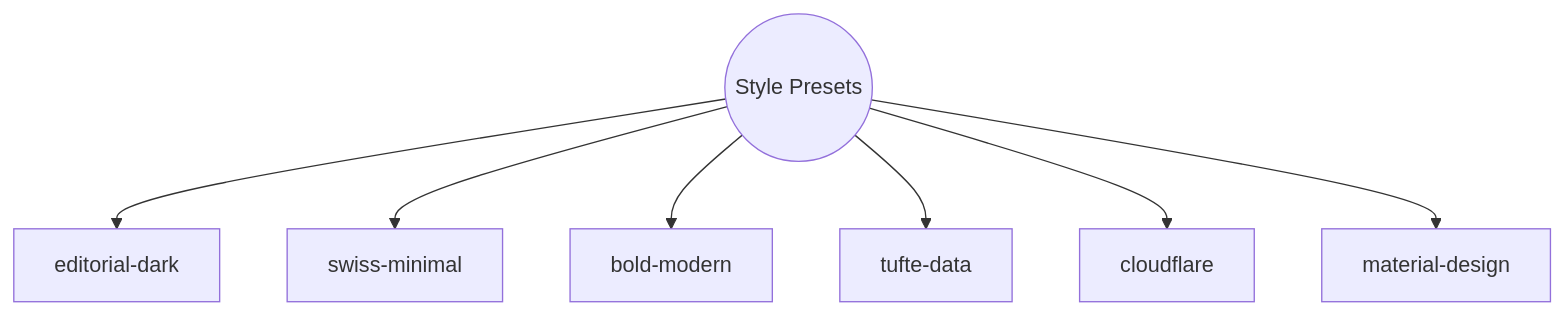
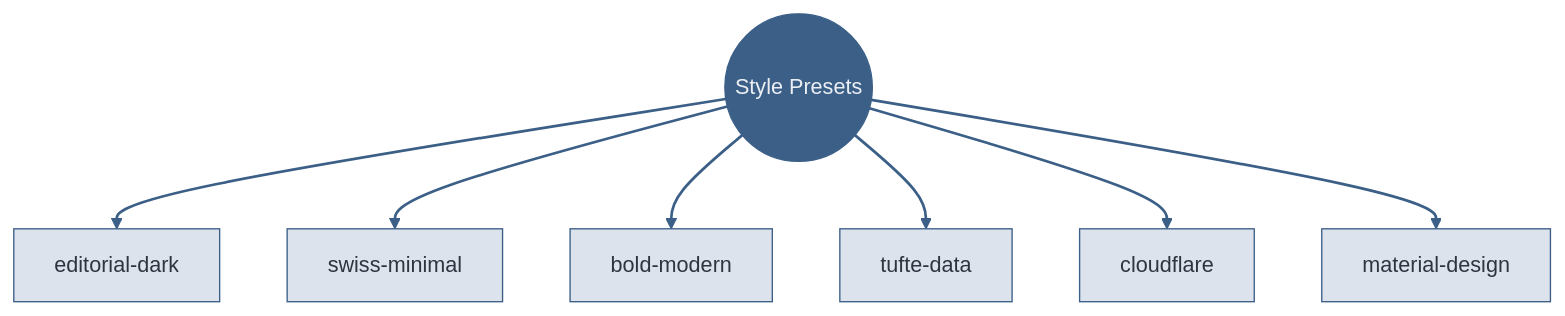
One commit to adewale/slide-maker changed the second of 4 diagrams in examples/reference/pages/code.md. Above: the diagram before and after it, drawn with Mermaid. The commit also changed other lines of this file, not shown here.

First line of the commit message:
Fix all diagram slides with inline styles and clean layouts

````diff
--- a/examples/reference/pages/code.md
+++ b/examples/reference/pages/code.md
@@ -110,9 +116,17 @@
 ```mermaid {scale: 0.7}
 graph TD
   ROOT((Style Presets)) --> ED["editorial-dark"]
   ROOT --> SM["swiss-minimal"]
   ROOT --> BM["bold-modern"]
   ROOT --> TD2["tufte-data"]
   ROOT --> CF["cloudflare"]
   ROOT --> MD["material-design"]
+  style ROOT fill:#3b5f87,stroke:#3b5f87,color:#eceff4
+  style ED fill:#dde3ec,stroke:#3b5f87,color:#2e3440
+  style SM fill:#dde3ec,stroke:#3b5f87,color:#2e3440
+  style BM fill:#dde3ec,stroke:#3b5f87,color:#2e3440
+  style TD2 fill:#dde3ec,stroke:#3b5f87,color:#2e3440
+  style CF fill:#dde3ec,stroke:#3b5f87,color:#2e3440
+  style MD fill:#dde3ec,stroke:#3b5f87,color:#2e3440
+  linkStyle default stroke:#3b5f87,stroke-width:2px
 ```
````
